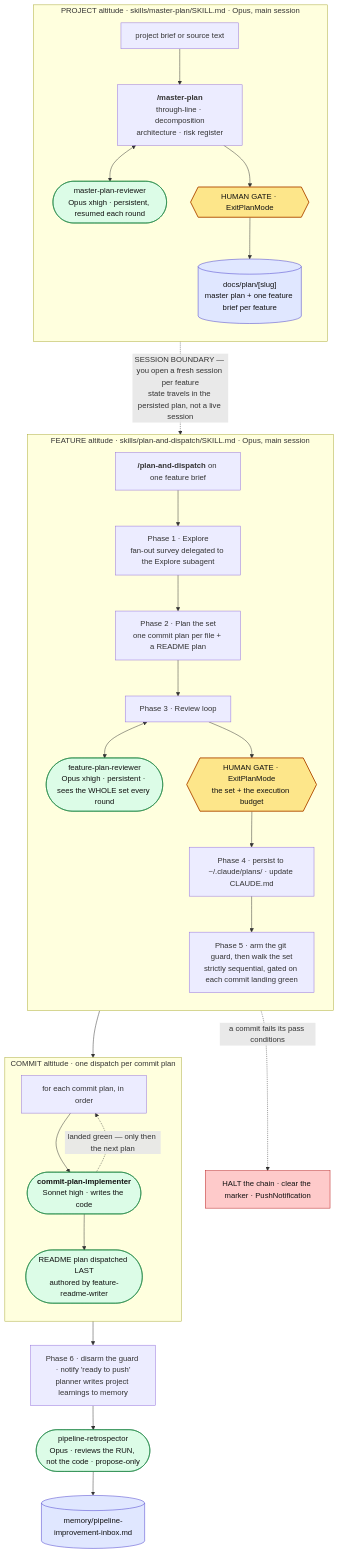
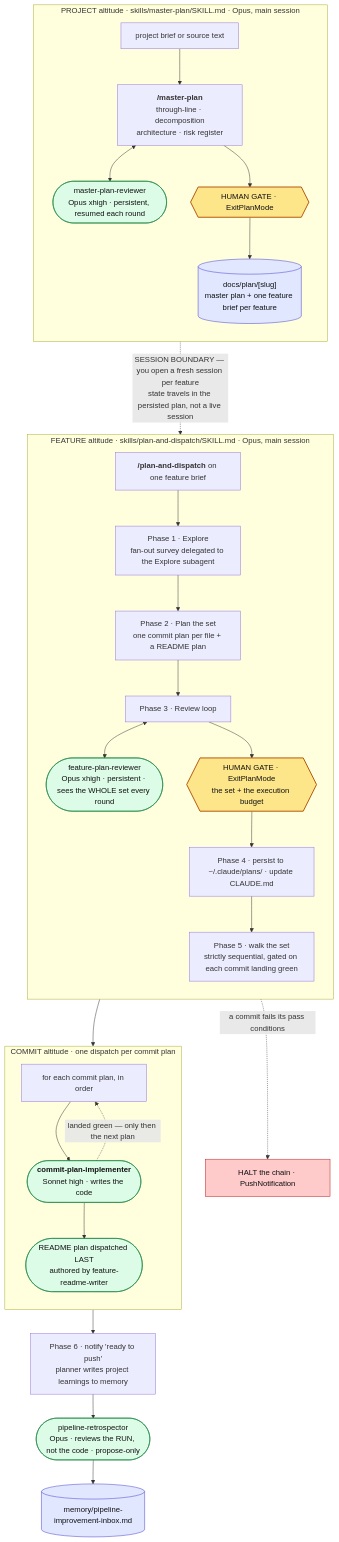
One commit to var-pi/dotfiles changed the first of 4 diagrams in .claude/PIPELINE.md. Above: the diagram before and after it, drawn with Mermaid. The commit also changed other lines of this file and 4 other files, not shown here.

````diff
--- a/.claude/PIPELINE.md
+++ b/.claude/PIPELINE.md
@@ -33,45 +33,45 @@
 ```mermaid
 flowchart TD
     subgraph L1["PROJECT altitude · skills/master-plan/SKILL.md · Opus, main session"]
         direction TB
         B["project brief or source text"] --> MP["<b>/master-plan</b><br/>through-line · decomposition<br/>architecture · risk register"]
         MP <--> MPR(["master-plan-reviewer<br/>Opus xhigh · persistent, resumed each round"])
         MP --> G1{{"HUMAN GATE · ExitPlanMode"}}
         G1 --> DP[("docs/plan/[slug]<br/>master plan + one feature brief per feature")]
     end
 
     subgraph L2["FEATURE altitude · skills/plan-and-dispatch/SKILL.md · Opus, main session"]
         direction TB
         PAD["<b>/plan-and-dispatch</b> on one feature brief"]
         PAD --> P1["Phase 1 · Explore<br/>fan-out survey delegated to the Explore subagent"]
         P1 --> P2["Phase 2 · Plan the set<br/>one commit plan per file + a README plan"]
         P2 --> P3["Phase 3 · Review loop"]
         P3 <--> FPR(["feature-plan-reviewer<br/>Opus xhigh · persistent · sees the WHOLE set every round"])
         P3 --> G2{{"HUMAN GATE · ExitPlanMode<br/>the set + the execution budget"}}
         G2 --> P4["Phase 4 · persist to ~/.claude/plans/ · update CLAUDE.md"]
-        P4 --> P5["Phase 5 · arm the git guard, then walk the set<br/>strictly sequential, gated on each commit landing green"]
+        P4 --> P5["Phase 5 · walk the set<br/>strictly sequential, gated on each commit landing green"]
     end
 
     subgraph L3["COMMIT altitude · one dispatch per commit plan"]
         direction TB
         LOOP["for each commit plan, in order"] --> IMP(["<b>commit-plan-implementer</b><br/>Sonnet high · writes the code"])
         IMP -. "landed green — only then the next plan" .-> LOOP
         IMP --> RM(["README plan dispatched LAST<br/>authored by feature-readme-writer"])
     end
 
     DP -. "SESSION BOUNDARY — you open a fresh session per feature<br/>state travels in the persisted plan, not a live session" .-> PAD
     P5 --> LOOP
-    RM --> P6["Phase 6 · disarm the guard · notify 'ready to push'<br/>planner writes project learnings to memory"]
+    RM --> P6["Phase 6 · notify 'ready to push'<br/>planner writes project learnings to memory"]
     P6 --> RETRO(["pipeline-retrospector<br/>Opus · reviews the RUN, not the code · propose-only"])
     RETRO --> INBOX[("memory/pipeline-improvement-inbox.md")]
-    P5 -. "a commit fails its pass conditions" .-> HALT["HALT the chain · clear the marker · PushNotification"]
+    P5 -. "a commit fails its pass conditions" .-> HALT["HALT the chain · PushNotification"]
 
     classDef gate fill:#fde68a,stroke:#b45309,stroke-width:2px,color:#111;
     classDef store fill:#e0e7ff,stroke:#4338ca,color:#111;
     classDef agent fill:#dcfce7,stroke:#15803d,color:#111;
     classDef stop fill:#fecaca,stroke:#b91c1c,color:#111;
     class G1,G2 gate;
     class DP,INBOX store;
     class MPR,FPR,IMP,RM,RETRO agent;
     class HALT stop;
 ```
````
